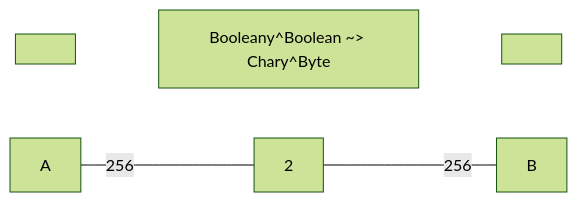
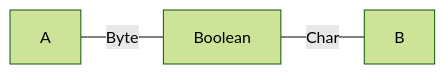
Before and after one commit to julianpeeters/polynomial: the first of 3 diagrams in README.md, drawn with Mermaid (forest theme). The commit also changed other lines of this file and 1 other file, not shown here.

Commit message:
Update README for github mermaid rendering

````diff
--- a/README.md
+++ b/README.md
@@ -95,7 +94,8 @@
 ```mermaid
 graph LR;
-  TitleStart[ ]:::hidden~~~TitleBody[Booleany^Boolean ~> Chary^Byte]:::title~~~TitleEnd[ ]:::hidden
-  A:::hidden---|256|S[2]---|256|B:::hidden;
+  A:::hidden---|Byte|S[Boolean]---|Char|B:::hidden;
 
-
+classDef empty fill:background;
+classDef point width:0px, height:0px;
+classDef title stroke-width:0px, fill:background;
 ```
````
